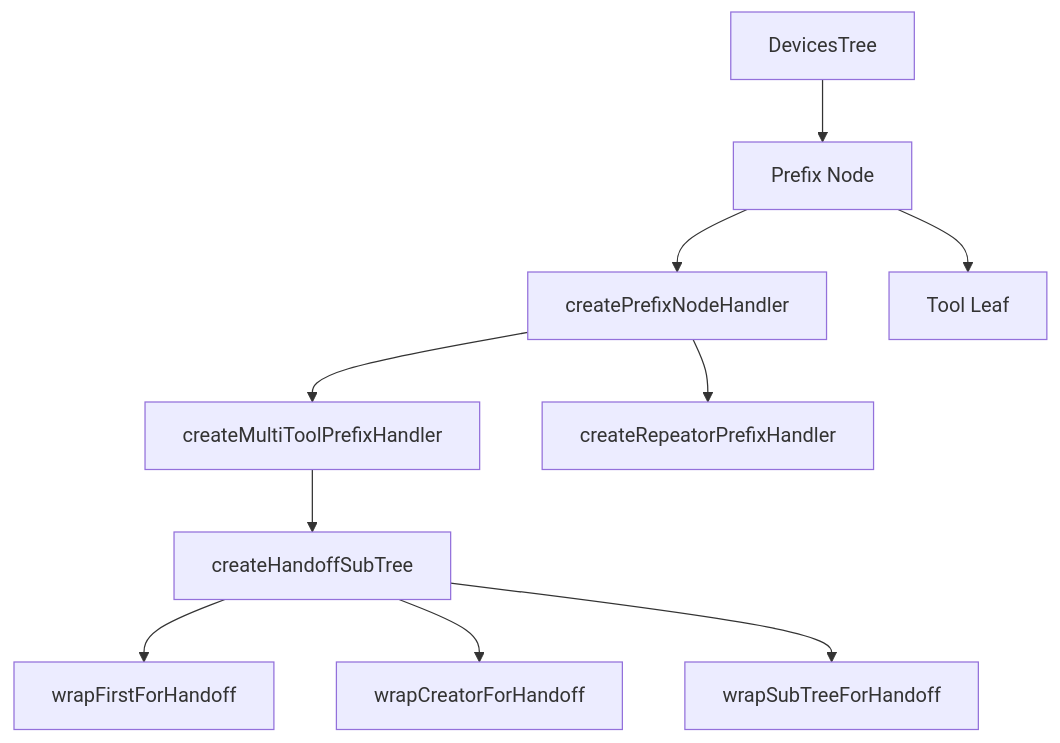
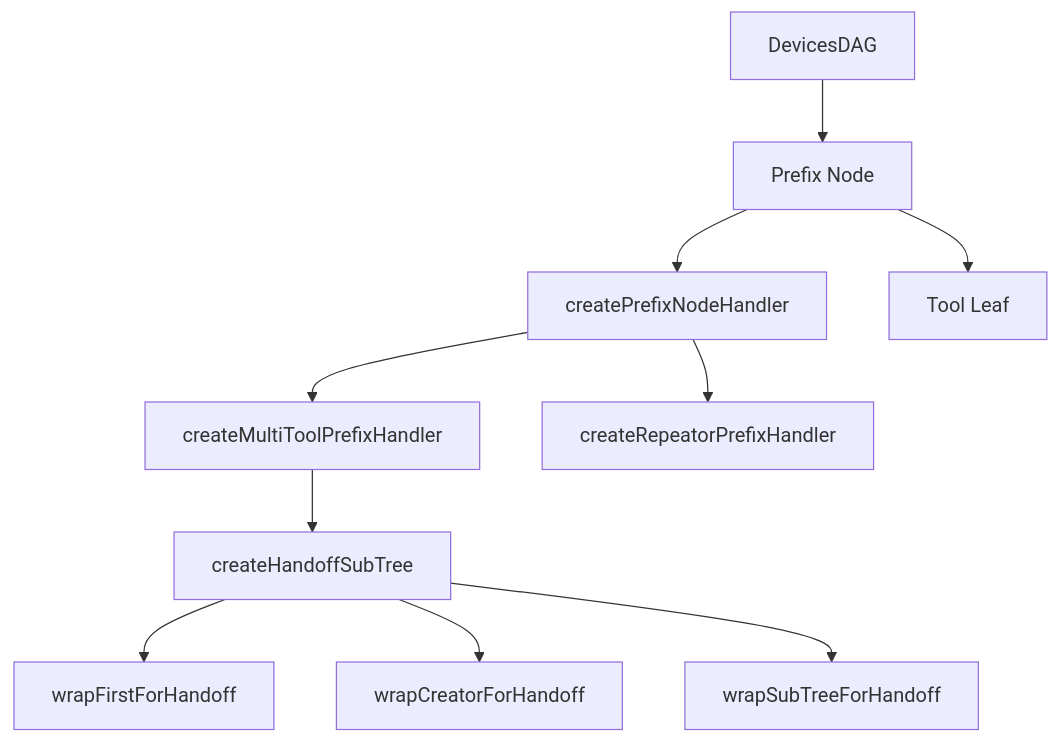
Before and after one commit to Frank-Steven/HoundWhiteboard: the first of 2 diagrams in src/core/prefixs/docs/prefix-document.md, drawn with Mermaid. The commit also changed other lines of this file and 55 other files, not shown here.

First line of the commit message:
refactor(devices-dag): 将树状的设备树重构到图状的设备图

````diff
--- a/src/core/prefixs/docs/prefix-document.md
+++ b/src/core/prefixs/docs/prefix-document.md
@@ -55,12 +55,12 @@
 ```mermaid
 flowchart TD
-    Tree[DevicesTree] --> Prefix[Prefix Node]
+    Tree[DevicesDAG] --> Prefix[Prefix Node]
     Prefix --> Base[createPrefixNodeHandler]
     Base --> Multi[createMultiToolPrefixHandler]
     Base --> Repeator[createRepeatorPrefixHandler]
     Multi --> Handoff[createHandoffSubTree]
     Handoff --> WrapFirst[wrapFirstForHandoff]
     Handoff --> WrapCreator[wrapCreatorForHandoff]
     Handoff --> WrapSub[wrapSubTreeForHandoff]
     Prefix --> Tool[Tool Leaf]
 ```
````
